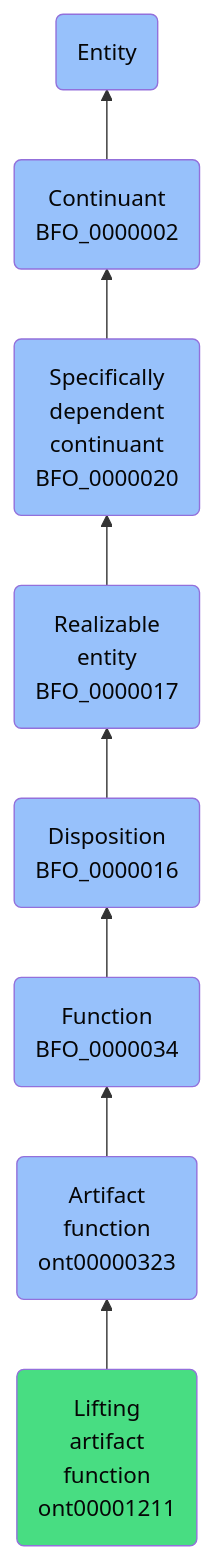
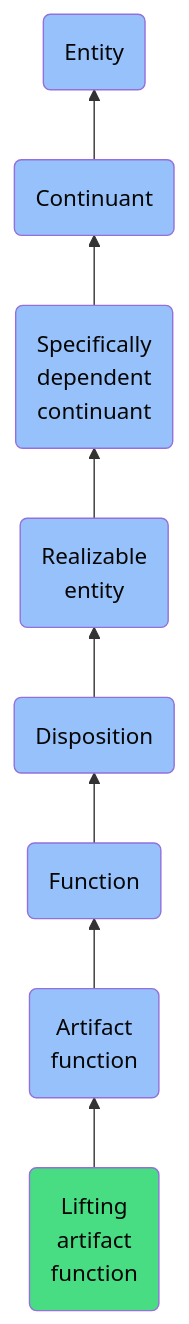
The diagram in docs/ontology/reference/model/Entity/Continuant/Specifically dependent continuant/Realizable entity/Disposition/Function/Artifact function/Lifting artifact function/Lifting artifact function.md (jupyter-naas/abi), drawn with Mermaid before and after one commit. The commit also changed other lines of this file and 1430 other files, not shown here.

````diff
--- a/docs/ontology/reference/model/Entity/Continuant/Specifically dependent continuant/Realizable entity/Disposition/Function/Artifact function/Lifting artifact function/Lifting artifact function.md
+++ b/docs/ontology/reference/model/Entity/Continuant/Specifically dependent continuant/Realizable entity/Disposition/Function/Artifact function/Lifting artifact function/Lifting artifact function.md
@@ -24,15 +24,15 @@
 ```mermaid
 graph BT
-    ont00001211(Lifting<br>artifact<br>function<br>ont00001211):::ABI-->ont00000323
-    ont00000323(Artifact<br>function<br>ont00000323):::BFO-->BFO_0000034
-    BFO_0000034(Function<br>BFO_0000034):::BFO-->BFO_0000016
-    BFO_0000016(Disposition<br>BFO_0000016):::BFO-->BFO_0000017
-    BFO_0000017(Realizable<br>entity<br>BFO_0000017):::BFO-->BFO_0000020
-    BFO_0000020(Specifically<br>dependent<br>continuant<br>BFO_0000020):::BFO-->BFO_0000002
-    BFO_0000002(Continuant<br>BFO_0000002):::BFO-->BFO_0000001
+    ont00001211(Lifting<br>artifact<br>function):::ABI-->ont00000323
+    ont00000323(Artifact<br>function):::BFO-->BFO_0000034
+    BFO_0000034(Function):::BFO-->BFO_0000016
+    BFO_0000016(Disposition):::BFO-->BFO_0000017
+    BFO_0000017(Realizable<br>entity):::BFO-->BFO_0000020
+    BFO_0000020(Specifically<br>dependent<br>continuant):::BFO-->BFO_0000002
+    BFO_0000002(Continuant):::BFO-->BFO_0000001
     BFO_0000001(Entity):::BFO
     
     classDef BFO fill:#97c1fb,color:#060606
     classDef CCO fill:#e4c51e,color:#060606
     classDef ABI fill:#48DD82,color:#060606
 ```
````
